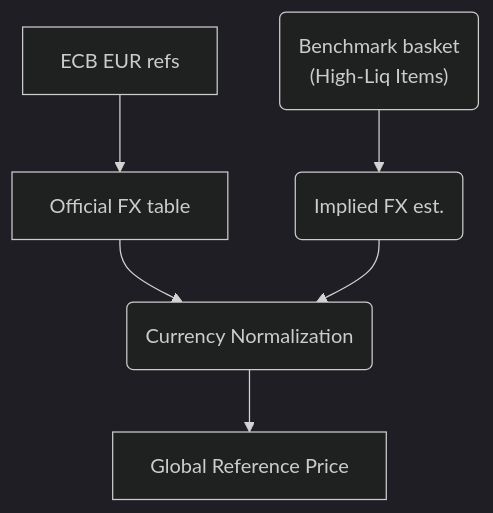
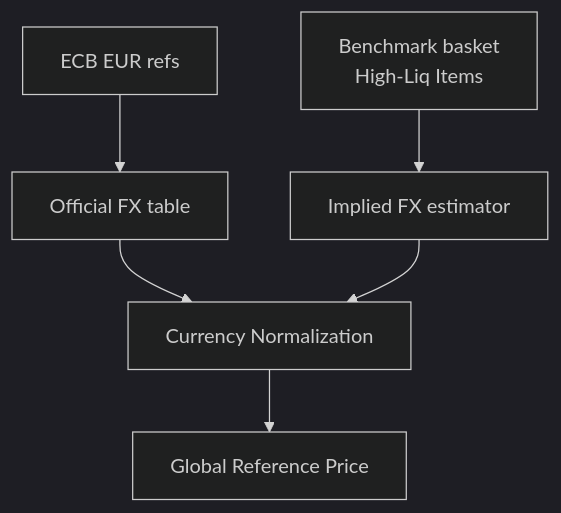
One commit to vorkuta1/cs2-grp-case-study changed the second of 2 diagrams in docs/architecture.md. Above: the diagram before and after it, drawn with Mermaid (dark theme). The commit also changed other lines of this file and 5 other files, not shown here.

````diff
--- a/docs/architecture.md
+++ b/docs/architecture.md
@@ -25,8 +25,8 @@
 ```mermaid
 flowchart TB
-  ECB[ECB EUR refs] --> FX1[Official FX table]
-  Bench("Benchmark basket<br/>(High-Liq Items)") --> IFX("Implied FX est.")
-  FX1 --> Norm("Currency Normalization")
+  ECB["ECB EUR refs"] --> FX1["Official FX table"]
+  Bench["Benchmark basket<br>High-Liq Items"] --> IFX["Implied FX estimator"]
+  FX1 --> Norm["Currency Normalization"]
   IFX --> Norm
-  Norm --> GRP[Global Reference Price]
+  Norm --> GRP["Global Reference Price"]
 ```
````
